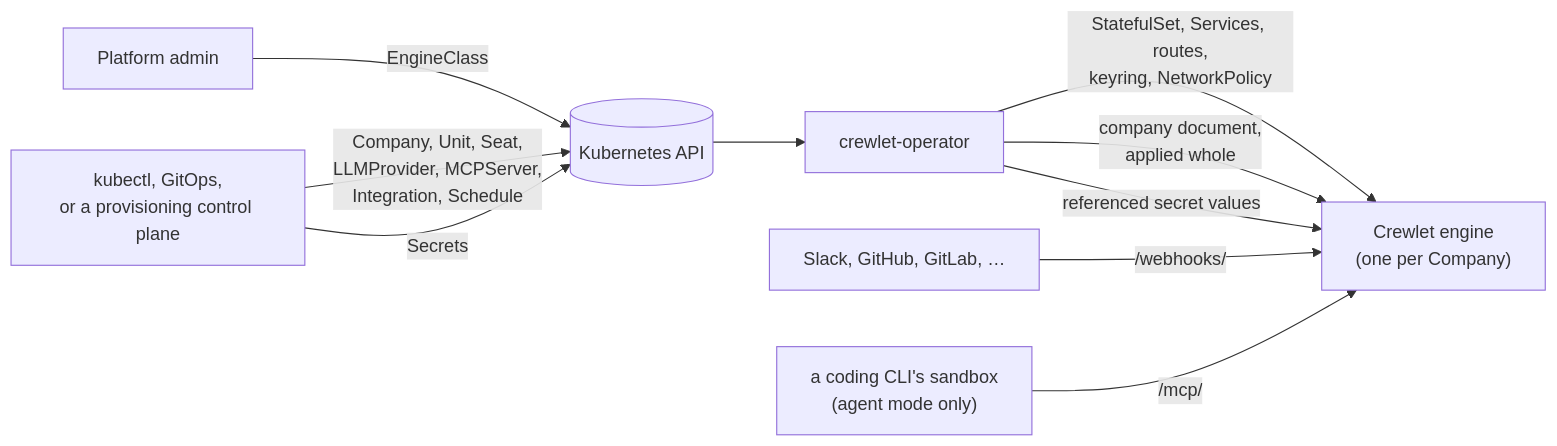
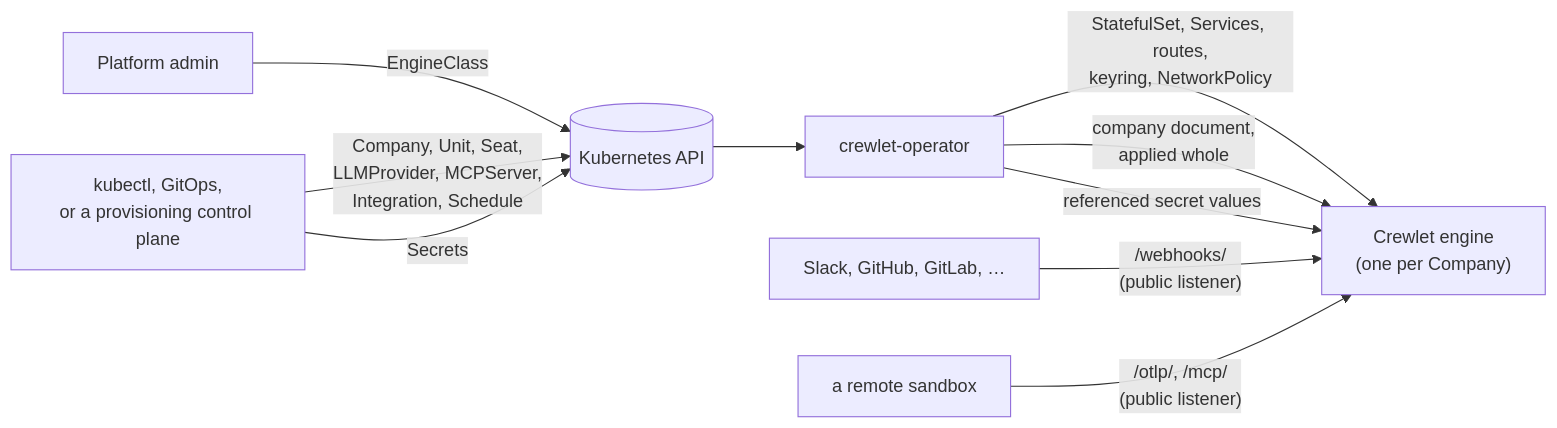
The diagram in README.md (crewlet/crewlet-operator), drawn with Mermaid before and after one commit. The commit also changed 33 other files, not shown here.

````diff
--- a/README.md
+++ b/README.md
@@ -49,12 +49,12 @@
 ```mermaid
 flowchart LR
     platform["Platform admin"] -- EngineClass --> kapi[("Kubernetes API")]
     users["kubectl, GitOps,<br/>or a provisioning control plane"] -- "Company, Unit, Seat,<br/>LLMProvider, MCPServer,<br/>Integration, Schedule" --> kapi
     users -- Secrets --> kapi
     kapi --> operator["crewlet-operator"]
     operator -- "StatefulSet, Services, routes,<br/>keyring, NetworkPolicy" --> engine["Crewlet engine<br/>(one per Company)"]
     operator -- "company document,<br/>applied whole" --> engine
     operator -- "referenced secret values" --> engine
-    vendors["Slack, GitHub, GitLab, …"] -- "/webhooks/" --> engine
-    sandbox["a coding CLI's sandbox<br/>(agent mode only)"] -- "/mcp/" --> engine
+    vendors["Slack, GitHub, GitLab, …"] -- "/webhooks/<br/>(public listener)" --> engine
+    sandbox["a remote sandbox"] -- "/otlp/, /mcp/<br/>(public listener)" --> engine
 ```
````
